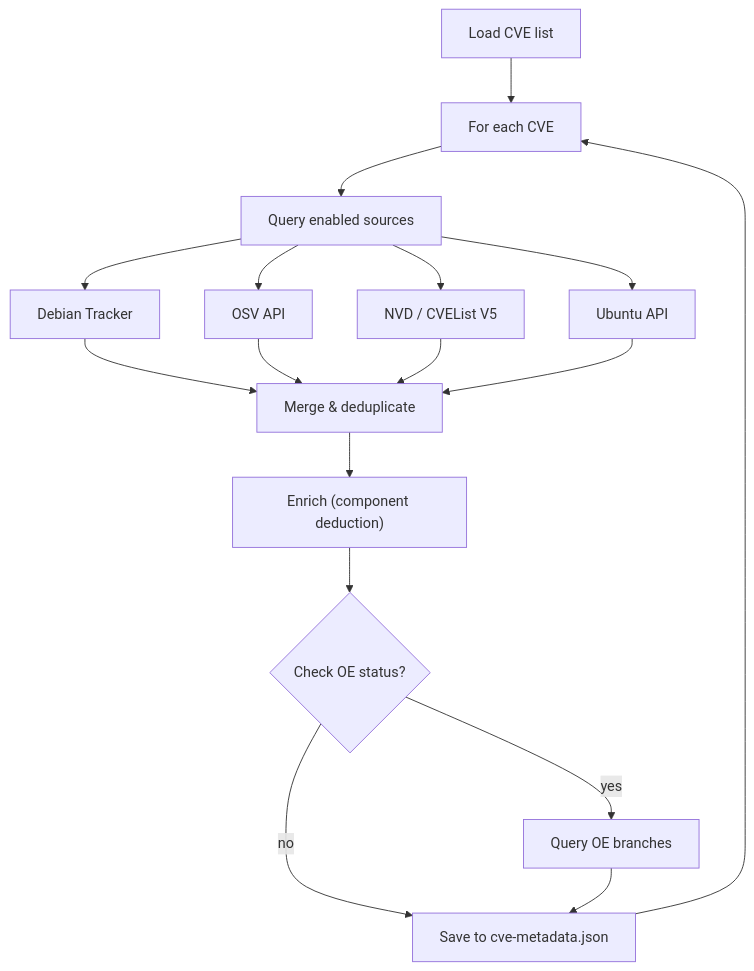
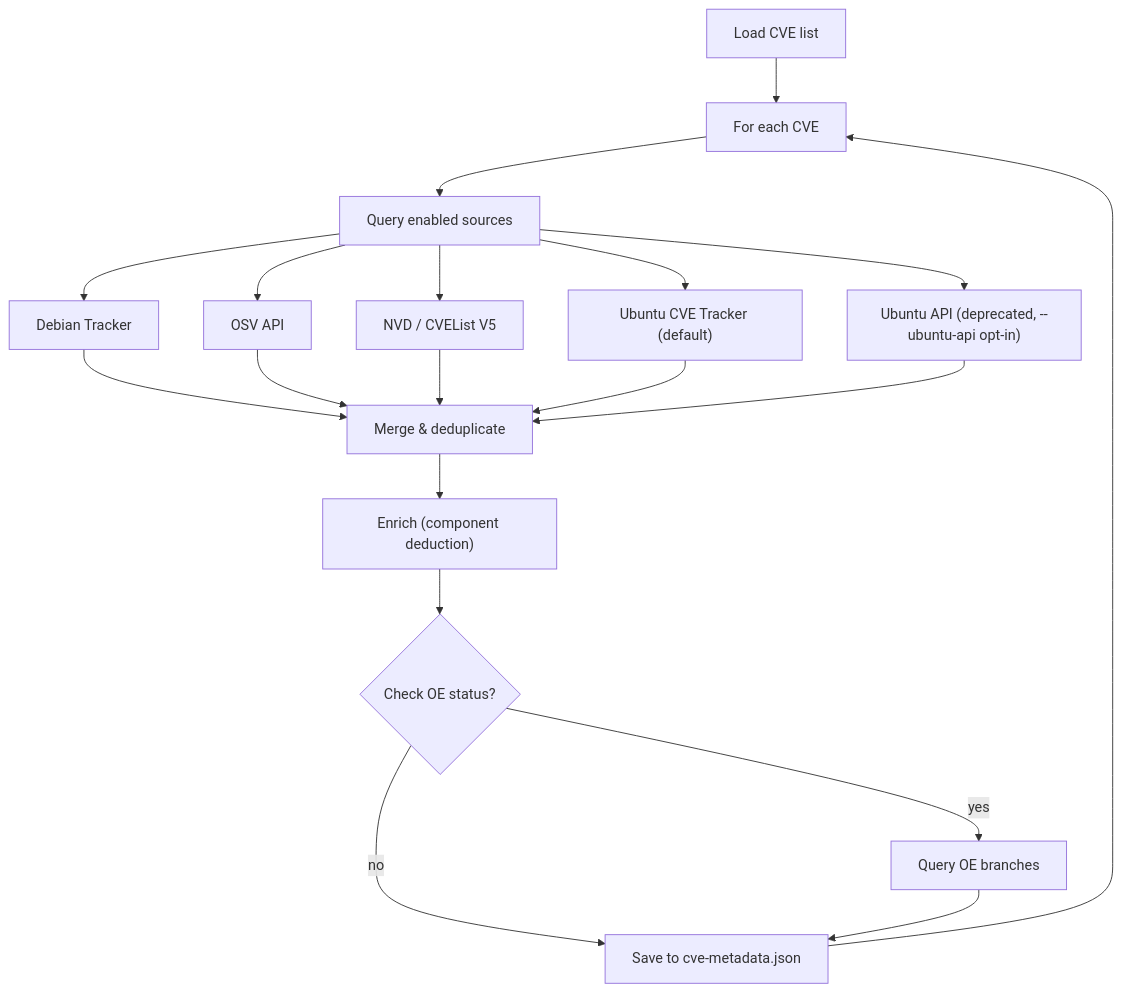
Before and after one commit to Ericsson/yocto-security-tools: the second of 8 diagrams in .agents/summary/workflows.md, drawn with Mermaid. The commit also changed other lines of this file and 8 other files, not shown here.

````diff
--- a/.agents/summary/workflows.md
+++ b/.agents/summary/workflows.md
@@ -34,16 +34,17 @@
 ```mermaid
 flowchart TD
     Start["Load CVE list"] --> ForEach["For each CVE"]
     ForEach --> Sources["Query enabled sources"]
     Sources --> Debian["Debian Tracker"]
     Sources --> OSV["OSV API"]
     Sources --> NVD["NVD / CVEList V5"]
-    Sources --> Ubuntu["Ubuntu API"]
-    Debian & OSV & NVD & Ubuntu --> Merge["Merge & deduplicate"]
+    Sources --> UCT["Ubuntu CVE Tracker (default)"]
+    Sources --> Ubuntu["Ubuntu API (deprecated, --ubuntu-api opt-in)"]
+    Debian & OSV & NVD & UCT & Ubuntu --> Merge["Merge & deduplicate"]
     Merge --> Enrich["Enrich (component deduction)"]
     Enrich --> OECheck{"Check OE status?"}
     OECheck -->|yes| OEStatus["Query OE branches"]
     OECheck -->|no| Save
     OEStatus --> Save["Save to cve-metadata.json"]
     Save --> ForEach
 ```
````
